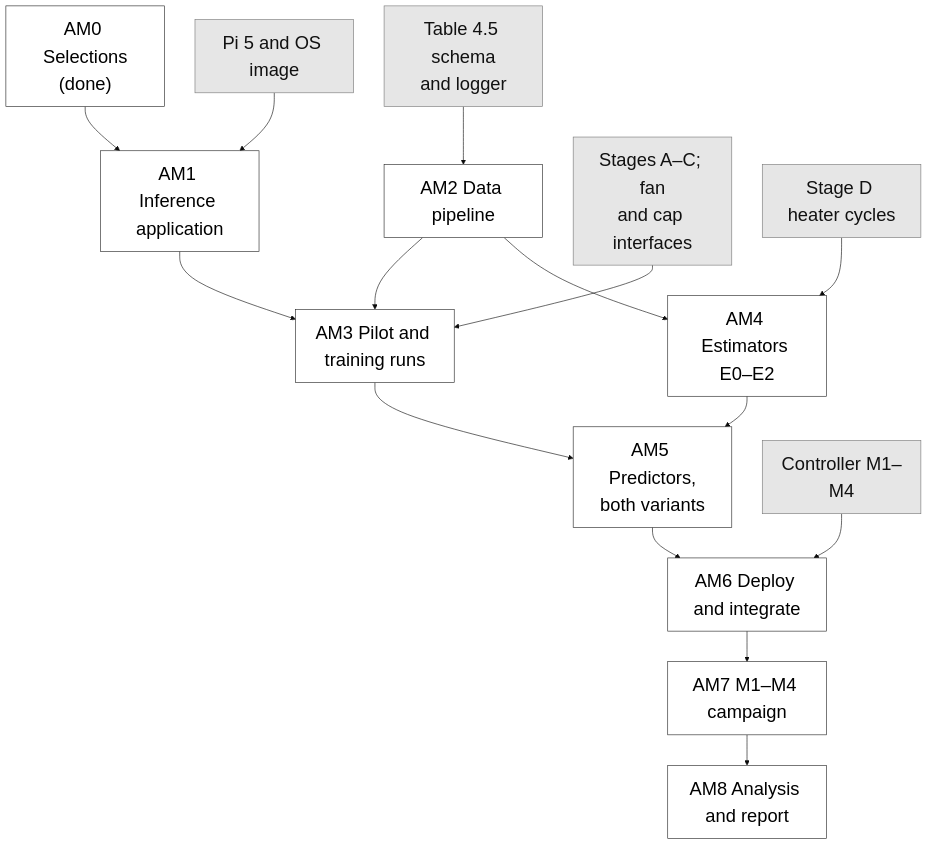
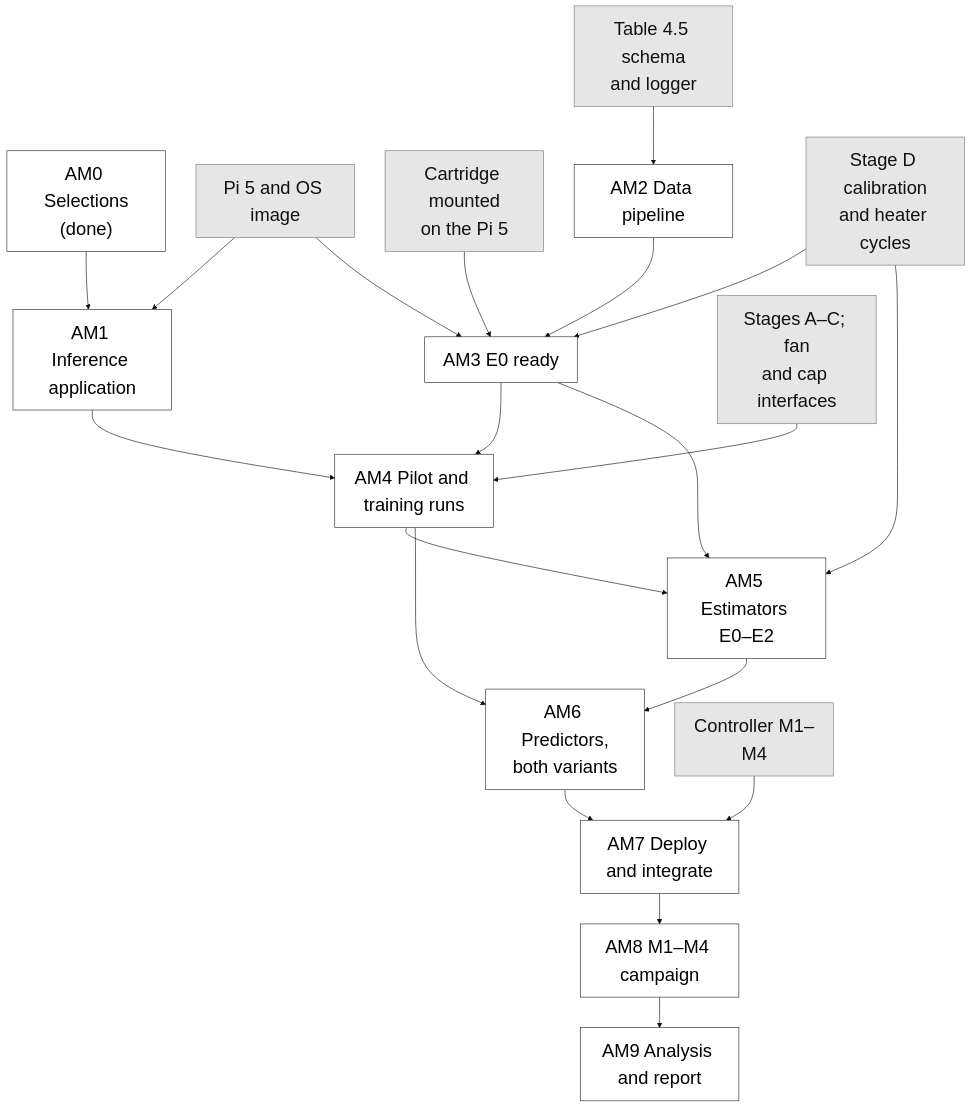
The diagram in part4/figures/fig5-2-milestones.mmd (azimaus970/SeniorDesign), drawn with Mermaid before and after one commit. The commit also changed 17 other files, not shown here.

```diff
--- a/part4/figures/fig5-2-milestones.mmd
+++ b/part4/figures/fig5-2-milestones.mmd
@@ -1,20 +1,25 @@
 %%{init: {"theme": "base", "themeVariables": {"fontSize": "30px", "fontFamily": "Times New Roman"}}}%%
 flowchart TB
     AM0["AM0 Selections<br/>(done)"] --> AM1["AM1 Inference application"]
     PI["Pi 5 and OS image"] --> AM1
+    MNT["Cartridge mounted<br/>on the Pi 5"] --> AM3
     SCH["Table 4.5 schema<br/>and logger"] --> AM2["AM2 Data pipeline"]
-    AM1 --> AM3["AM3 Pilot and training runs"]
+    SD["Stage D calibration<br/>and heater cycles"] --> AM3["AM3 E0 ready"]
     AM2 --> AM3
-    HW["Stages A–C; fan<br/>and cap interfaces"] --> AM3
-    SD["Stage D heater cycles"] --> AM4["AM4 Estimators E0–E2"]
-    AM2 --> AM4
-    AM3 --> AM5["AM5 Predictors,<br/>both variants"]
+    PI --> AM3
+    AM1 --> AM4["AM4 Pilot and training runs"]
+    AM3 --> AM4
+    HW["Stages A–C; fan<br/>and cap interfaces"] --> AM4
+    SD --> AM5["AM5 Estimators E0–E2"]
+    AM3 --> AM5
     AM4 --> AM5
-    AM5 --> AM6["AM6 Deploy and integrate"]
-    CTRL["Controller M1–M4"] --> AM6
-    AM6 --> AM7["AM7 M1–M4 campaign"]
-    AM7 --> AM8["AM8 Analysis and report"]
+    AM4 --> AM6["AM6 Predictors,<br/>both variants"]
+    AM5 --> AM6
+    AM6 --> AM7["AM7 Deploy and integrate"]
+    CTRL["Controller M1–M4"] --> AM7
+    AM7 --> AM8["AM8 M1–M4 campaign"]
+    AM8 --> AM9["AM9 Analysis and report"]
     classDef ext fill:#e6e6e6,stroke:#777777,color:#111111
     classDef ms fill:#ffffff,stroke:#222222,color:#000000
-    class PI,SCH,HW,SD,CTRL ext
-    class AM0,AM1,AM2,AM3,AM4,AM5,AM6,AM7,AM8 ms
+    class PI,MNT,SCH,HW,SD,CTRL ext
+    class AM0,AM1,AM2,AM3,AM4,AM5,AM6,AM7,AM8,AM9 ms
```
